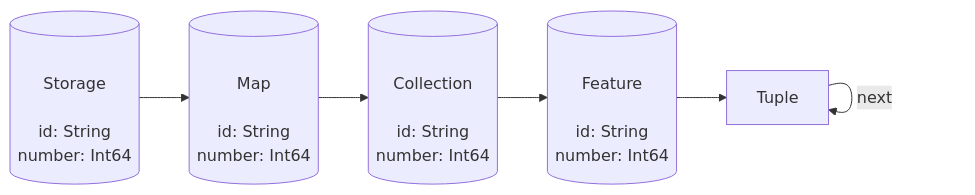
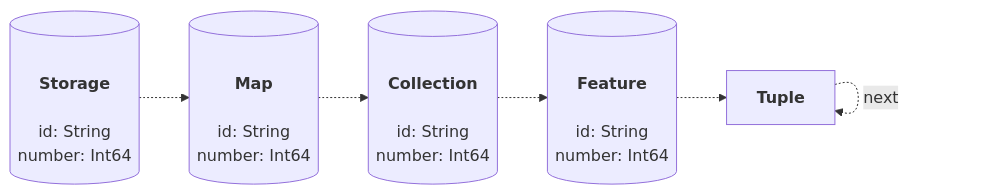
The first of 11 diagrams in docs/slides/SAL.md (heremaps/naksha), drawn with Mermaid before and after one commit. The commit also changed other lines of this file and 26 other files, not shown here.

````diff
--- a/docs/slides/SAL.md
+++ b/docs/slides/SAL.md
@@ -10,13 +51,13 @@
 ```mermaid
 graph LR
-	Storage[(\nStorage\n\nid: String\nnumber: Int64)]
-	Map[(\nMap\n\nid: String\nnumber: Int64)]
-	Collection[(\nCollection\n\nid: String\nnumber: Int64)]
-	Feature[(\nFeature\n\nid: String\nnumber: Int64)]
-	Tuple[Tuple]
-	Storage --> Map
-	Map --> Collection
-	Collection --> Feature
-	Feature --> Tuple
-	Tuple -->|next| Tuple
+	Storage[(\n<b>Storage</b>\n\nid: String\nnumber: Int64)]
+	Map[(\n<b>Map</b>\n\nid: String\nnumber: Int64)]
+	Collection[(\n<b>Collection</b>\n\nid: String\nnumber: Int64)]
+	Feature[(\n<b>Feature</b>\n\nid: String\nnumber: Int64)]
+	Tuple[<b>Tuple</b>]
+	Storage -.-> Map
+	Map -.-> Collection
+	Collection -.-> Feature
+	Feature -.-> Tuple
+	Tuple -.->|next| Tuple
 ```
````
